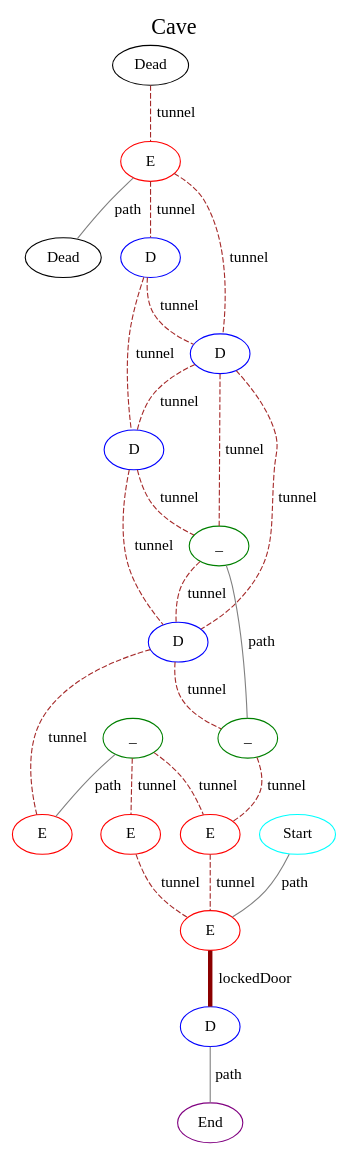
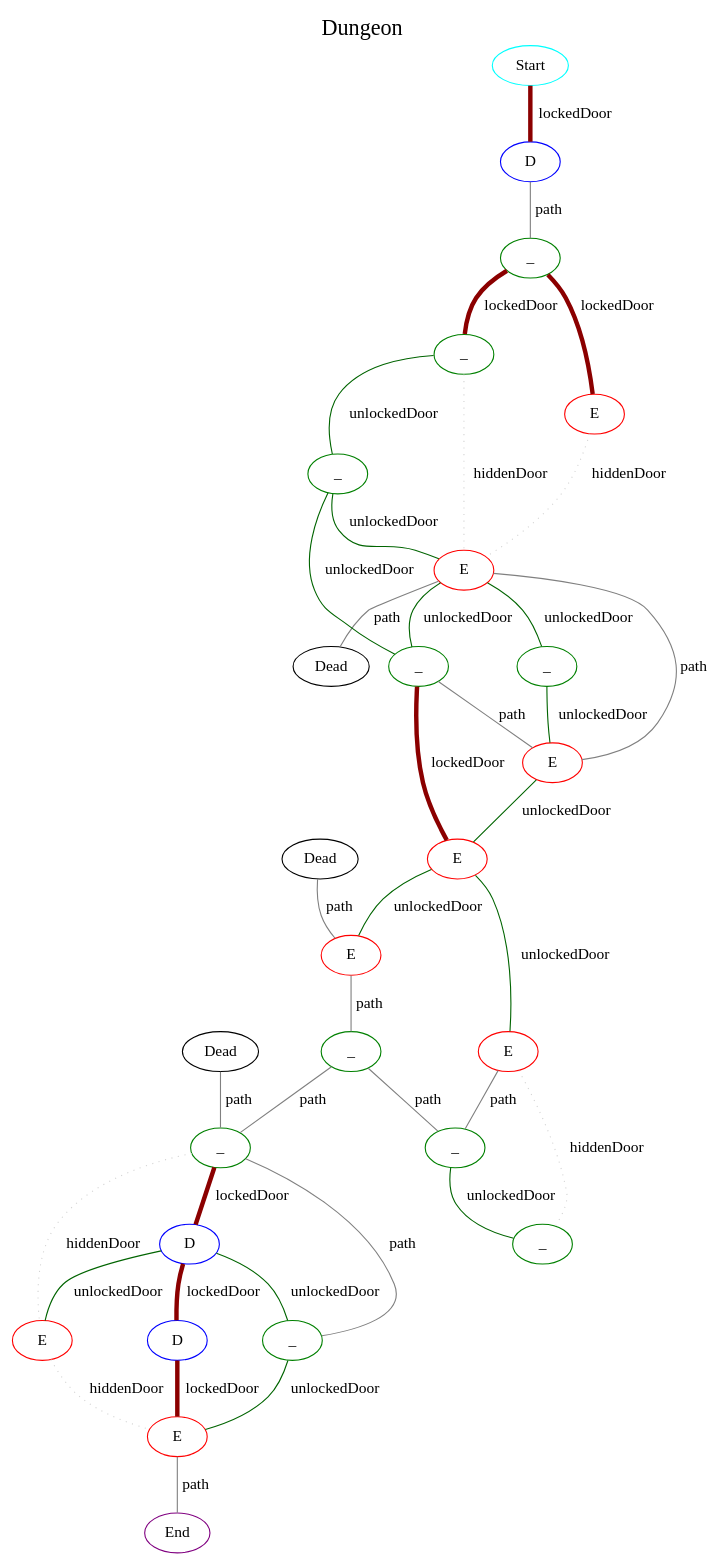
Before and after one commit to kelceydamage/go-rogue: the diagram in graph.dot, drawn with Graphviz. The commit also changed 6 other files, not shown here.

```diff
--- a/graph.dot
+++ b/graph.dot
@@ -1,46 +1,68 @@
 graph G {
-  label="Cave";
+  label="Dungeon";
   labelloc="t";
   fontsize="20";
+  5 [label="_", color="green"];
+  10 [label="E", color="red"];
+  14 [label="Dead", color="black"];
+  17 [label="_", color="green"];
+  20 [label="D", color="blue"];
+  23 [label="D", color="blue"];
+  1 [label="D", color="blue"];
+  8 [label="_", color="green"];
+  11 [label="Dead", color="black"];
+  18 [label="_", color="green"];
+  2 [label="_", color="green"];
+  4 [label="E", color="red"];
+  7 [label="E", color="red"];
+  9 [label="_", color="green"];
+  21 [label="_", color="green"];
+  22 [label="E", color="red"];
+  25 [label="End", color="purple"];
+  3 [label="Dead", color="black"];
+  6 [label="_", color="green"];
   12 [label="E", color="red"];
   13 [label="E", color="red"];
-  1 [label="Dead", color="black"];
-  4 [label="Dead", color="black"];
-  5 [label="D", color="blue"];
-  8 [label="D", color="blue"];
-  9 [label="_", color="green"];
-  15 [label="D", color="blue"];
-  16 [label="End", color="purple"];
-  3 [label="D", color="blue"];
-  7 [label="_", color="green"];
-  14 [label="E", color="red"];
+  15 [label="E", color="red"];
+  16 [label="_", color="green"];
+  19 [label="_", color="green"];
+  24 [label="E", color="red"];
   0 [label="Start", color="cyan"];
-  2 [label="E", color="red"];
-  11 [label="E", color="red"];
-  6 [label="D", color="blue"];
-  10 [label="_", color="green"];
-  13 -- 14 [label="tunnel", color="brown", style="dashed", penwidth="1"];
-  1 -- 2 [label="tunnel", color="brown", style="dashed", penwidth="1"];
-  5 -- 8 [label="tunnel", color="brown", style="dashed", penwidth="1"];
-  5 -- 7 [label="tunnel", color="brown", style="dashed", penwidth="1"];
-  5 -- 6 [label="tunnel", color="brown", style="dashed", penwidth="1"];
-  8 -- 11 [label="tunnel", color="brown", style="dashed", penwidth="1"];
-  8 -- 9 [label="tunnel", color="brown", style="dashed", penwidth="1"];
-  9 -- 12 [label="tunnel", color="brown", style="dashed", penwidth="1"];
-  15 -- 16 [label="path", color="gray", style="solid", penwidth="1"];
-  3 -- 5 [label="tunnel", color="brown", style="dashed", penwidth="1"];
-  3 -- 6 [label="tunnel", color="brown", style="dashed", penwidth="1"];
-  7 -- 8 [label="tunnel", color="brown", style="dashed", penwidth="1"];
-  7 -- 9 [label="path", color="gray", style="solid", penwidth="1"];
-  14 -- 15 [label="lockedDoor", color="darkred", style="bold", penwidth="4"];
-  0 -- 14 [label="path", color="gray", style="solid", penwidth="1"];
-  2 -- 3 [label="tunnel", color="brown", style="dashed", penwidth="1"];
-  2 -- 4 [label="path", color="gray", style="solid", penwidth="1"];
-  2 -- 5 [label="tunnel", color="brown", style="dashed", penwidth="1"];
-  6 -- 7 [label="tunnel", color="brown", style="dashed", penwidth="1"];
-  6 -- 8 [label="tunnel", color="brown", style="dashed", penwidth="1"];
-  10 -- 13 [label="tunnel", color="brown", style="dashed", penwidth="1"];
-  10 -- 12 [label="tunnel", color="brown", style="dashed", penwidth="1"];
-  10 -- 11 [label="path", color="gray", style="solid", penwidth="1"];
-  12 -- 14 [label="tunnel", color="brown", style="dashed", penwidth="1"];
+  23 -- 24 [label="lockedDoor", color="darkred", style="bold", penwidth="4"];
+  1 -- 2 [label="path", color="gray", style="solid", penwidth="1"];
+  8 -- 10 [label="unlockedDoor", color="darkgreen", style="solid", penwidth="1"];
+  11 -- 19 [label="path", color="gray", style="solid", penwidth="1"];
+  2 -- 4 [label="lockedDoor", color="darkred", style="bold", penwidth="4"];
+  2 -- 5 [label="lockedDoor", color="darkred", style="bold", penwidth="4"];
+  4 -- 7 [label="hiddenDoor", color="lightgray", style="dotted", penwidth="1"];
+  7 -- 10 [label="path", color="gray", style="solid", penwidth="1"];
+  7 -- 8 [label="unlockedDoor", color="darkgreen", style="solid", penwidth="1"];
+  7 -- 9 [label="unlockedDoor", color="darkgreen", style="solid", penwidth="1"];
+  7 -- 14 [label="path", color="gray", style="solid", penwidth="1"];
+  9 -- 12 [label="lockedDoor", color="darkred", style="bold", penwidth="4"];
+  9 -- 10 [label="path", color="gray", style="solid", penwidth="1"];
+  21 -- 24 [label="unlockedDoor", color="darkgreen", style="solid", penwidth="1"];
+  22 -- 24 [label="hiddenDoor", color="lightgray", style="dotted", penwidth="1"];
+  3 -- 13 [label="path", color="gray", style="solid", penwidth="1"];
+  6 -- 9 [label="unlockedDoor", color="darkgreen", style="solid", penwidth="1"];
+  6 -- 7 [label="unlockedDoor", color="darkgreen", style="solid", penwidth="1"];
+  12 -- 15 [label="unlockedDoor", color="darkgreen", style="solid", penwidth="1"];
+  12 -- 13 [label="unlockedDoor", color="darkgreen", style="solid", penwidth="1"];
+  13 -- 16 [label="path", color="gray", style="solid", penwidth="1"];
+  15 -- 18 [label="hiddenDoor", color="lightgray", style="dotted", penwidth="1"];
+  15 -- 17 [label="path", color="gray", style="solid", penwidth="1"];
+  16 -- 17 [label="path", color="gray", style="solid", penwidth="1"];
+  16 -- 19 [label="path", color="gray", style="solid", penwidth="1"];
+  19 -- 21 [label="path", color="gray", style="solid", penwidth="1"];
+  19 -- 22 [label="hiddenDoor", color="lightgray", style="dotted", penwidth="1"];
+  19 -- 20 [label="lockedDoor", color="darkred", style="bold", penwidth="4"];
+  24 -- 25 [label="path", color="gray", style="solid", penwidth="1"];
+  0 -- 1 [label="lockedDoor", color="darkred", style="bold", penwidth="4"];
+  5 -- 6 [label="unlockedDoor", color="darkgreen", style="solid", penwidth="1"];
+  5 -- 7 [label="hiddenDoor", color="lightgray", style="dotted", penwidth="1"];
+  10 -- 12 [label="unlockedDoor", color="darkgreen", style="solid", penwidth="1"];
+  17 -- 18 [label="unlockedDoor", color="darkgreen", style="solid", penwidth="1"];
+  20 -- 22 [label="unlockedDoor", color="darkgreen", style="solid", penwidth="1"];
+  20 -- 21 [label="unlockedDoor", color="darkgreen", style="solid", penwidth="1"];
+  20 -- 23 [label="lockedDoor", color="darkred", style="bold", penwidth="4"];
 }
```
